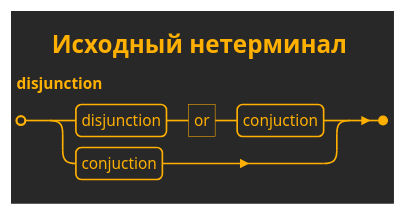
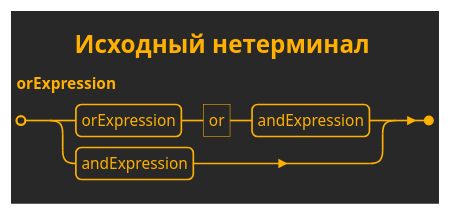
Before and after one commit to realsonic/MURQ: diagram 11 of 13 in Domain/MURQ.Domain/URQL/docs/URQL Lines Syntax.md, drawn with PlantUML. The commit also changed other lines of this file and 9 other files, not shown here.

````diff
--- a/Domain/MURQ.Domain/URQL/docs/URQL Lines Syntax.md
+++ b/Domain/MURQ.Domain/URQL/docs/URQL Lines Syntax.md
@@ -214,11 +210,9 @@
 ```plantuml
-@startebnf Исходный disjunction
+@startebnf Исходный orExpression
 !theme crt-amber
-
 title Исходный нетерминал
-
-disjunction =
-    disjunction, 'or', conjuction
-  | conjuction;
+orExpression =
+    orExpression, 'or', andExpression
+  | andExpression;
 @endebnf
 ```
````
